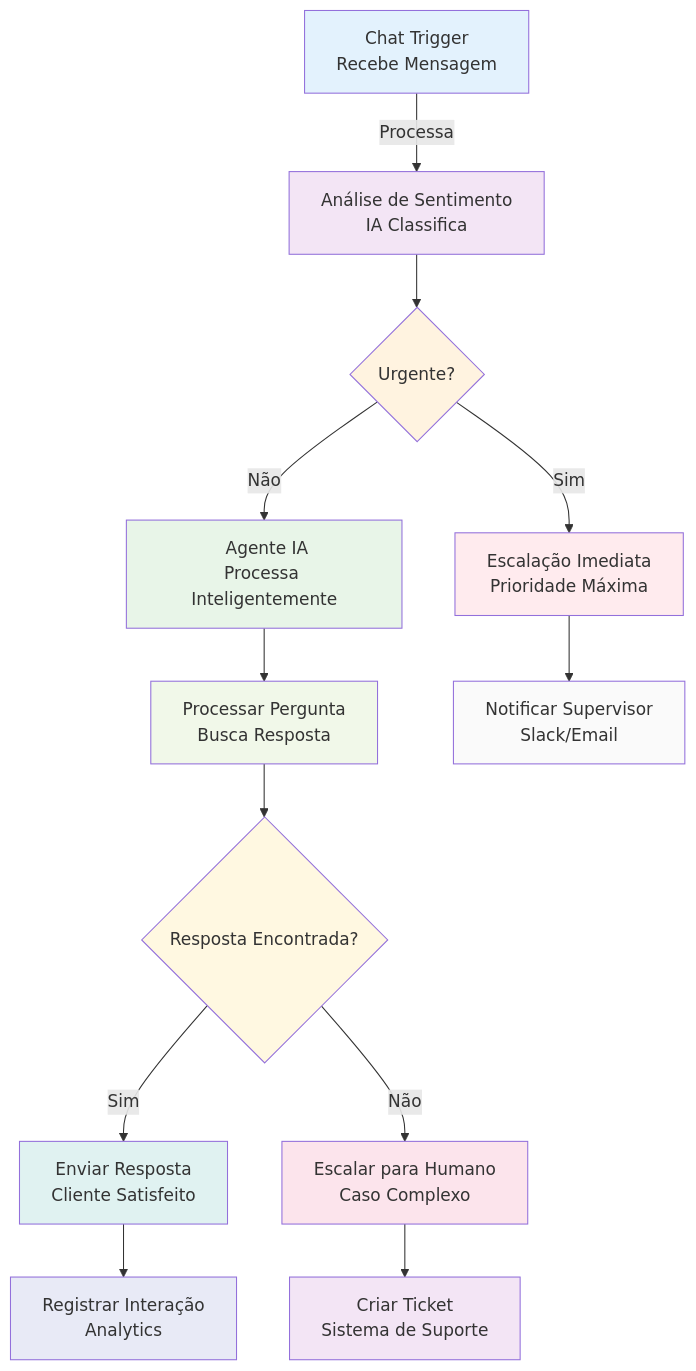
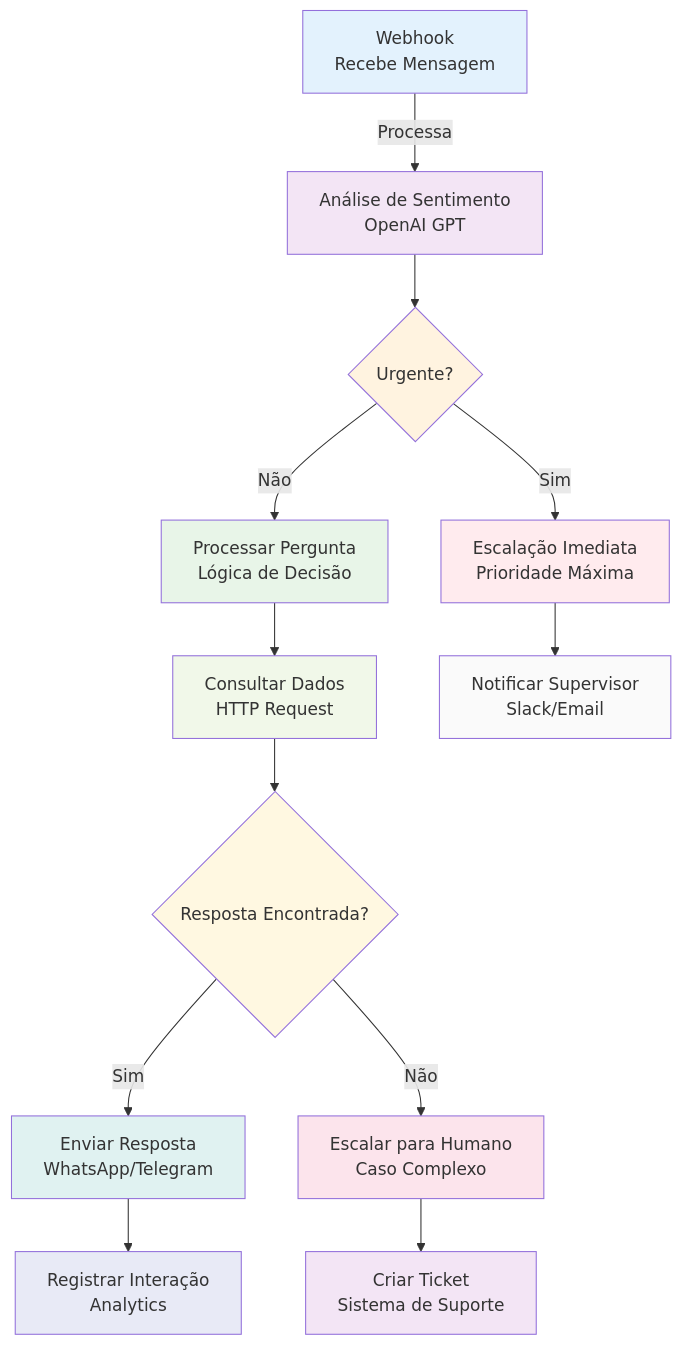
One commit to tatyquebralayout/n8n-Doc-PT-BR changed the second of 9 diagrams in docs/advanced-ai/exemplos-casos/chatbot-suporte.md. Above: the diagram before and after it, drawn with Mermaid. The commit also changed other lines of this file, not shown here.

````diff
--- a/docs/advanced-ai/exemplos-casos/chatbot-suporte.md
+++ b/docs/advanced-ai/exemplos-casos/chatbot-suporte.md
@@ -137,27 +233,27 @@
 ```mermaid
 graph TD
-    A[<ion-icon name="chatbubble-ellipses-outline"></ion-icon> Chat Trigger<br/>Recebe Mensagem] -->|Processa| B[<ion-icon name="analytics-outline"></ion-icon> Análise de Sentimento<br/>IA Classifica]
+    A[<ion-icon name="chatbubble-ellipses-outline"></ion-icon> Webhook<br/>Recebe Mensagem] -->|Processa| B[<ion-icon name="analytics-outline"></ion-icon> Análise de Sentimento<br/>OpenAI GPT]
     B --> C{<ion-icon name="alert-circle-outline"></ion-icon> Urgente?}
     C -->|Sim| D[<ion-icon name="alert-outline"></ion-icon> Escalação Imediata<br/>Prioridade Máxima]
-    C -->|Não| E[<ion-icon name="chatbubbles-outline"></ion-icon> Agente IA<br/>Processa Inteligentemente]
-    E --> F[<ion-icon name="search-outline"></ion-icon> Processar Pergunta<br/>Busca Resposta]
+    C -->|Não| E[<ion-icon name="chatbubbles-outline"></ion-icon> Processar Pergunta<br/>Lógica de Decisão]
+    E --> F[<ion-icon name="search-outline"></ion-icon> Consultar Dados<br/>HTTP Request]
     F --> G{<ion-icon name="bulb-outline"></ion-icon> Resposta Encontrada?}
-    G -->|Sim| H[<ion-icon name="send-outline"></ion-icon> Enviar Resposta<br/>Cliente Satisfeito]
+    G -->|Sim| H[<ion-icon name="send-outline"></ion-icon> Enviar Resposta<br/>WhatsApp/Telegram]
     G -->|Não| I[<ion-icon name="people-outline"></ion-icon> Escalar para Humano<br/>Caso Complexo]
     D --> J[<ion-icon name="notifications-outline"></ion-icon> Notificar Supervisor<br/>Slack/Email]
     I --> K[<ion-icon name="ticket-outline"></ion-icon> Criar Ticket<br/>Sistema de Suporte]
     H --> L[<ion-icon name="document-text-outline"></ion-icon> Registrar Interação<br/>Analytics]
     
     style A fill:#e3f2fd
     style B fill:#f3e5f5
     style C fill:#fff3e0
     style D fill:#ffebee
     style E fill:#e8f5e8
     style F fill:#f1f8e9
     style G fill:#fff8e1
     style H fill:#e0f2f1
     style I fill:#fce4ec
     style J fill:#fafafa
     style K fill:#f3e5f5
     style L fill:#e8eaf6
 ```
````
